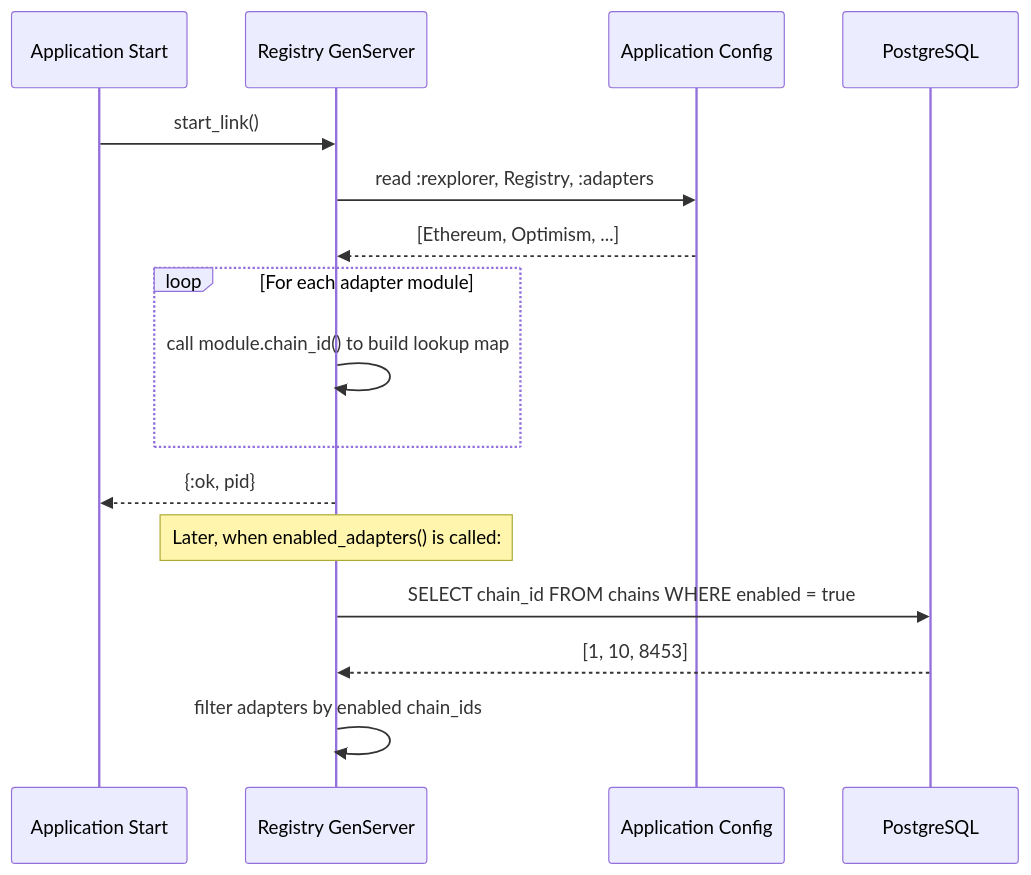
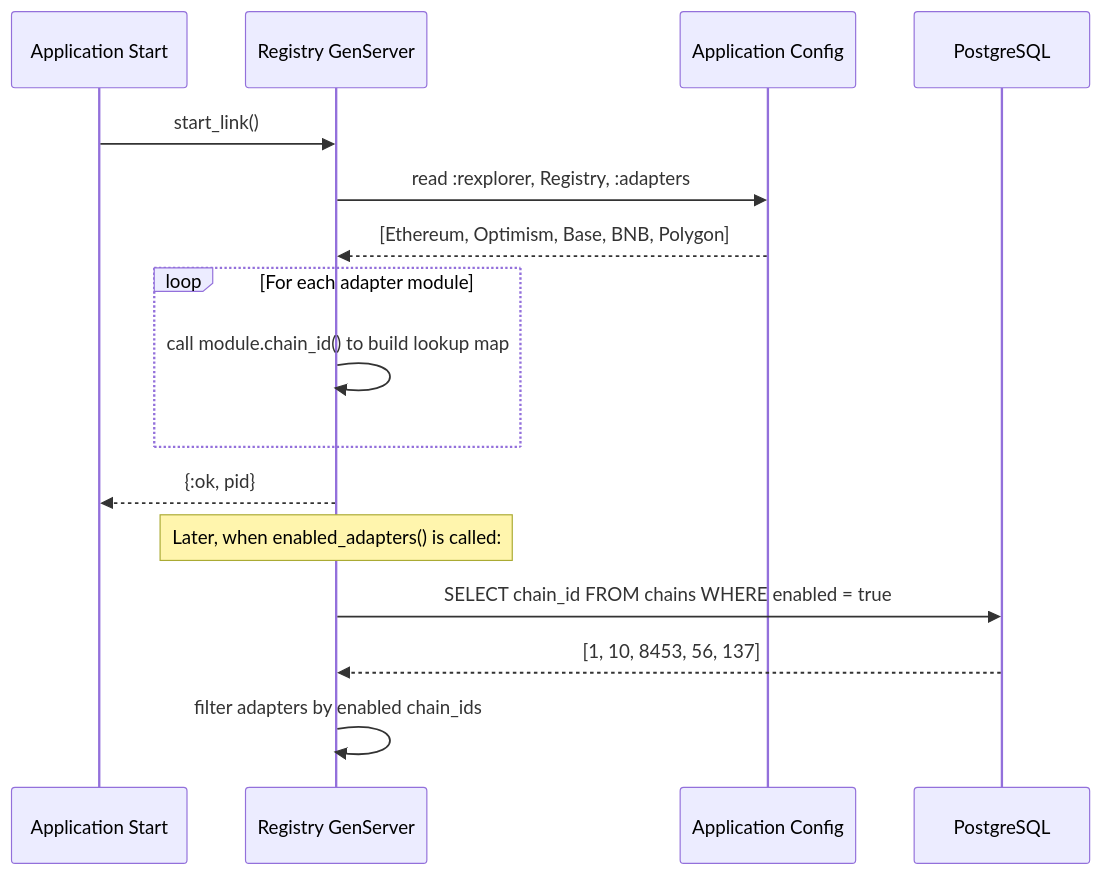
The second of 2 diagrams in docs/chain-adapters.md (ManuelBilbao/rexplorer), drawn with Mermaid before and after one commit. The commit also changed other lines of this file and 5 other files, not shown here.

````diff
--- a/docs/chain-adapters.md
+++ b/docs/chain-adapters.md
@@ -181,22 +259,22 @@
 ```mermaid
 sequenceDiagram
     participant App as Application Start
     participant Reg as Registry GenServer
     participant Config as Application Config
     participant DB as PostgreSQL
 
     App->>Reg: start_link()
     Reg->>Config: read :rexplorer, Registry, :adapters
-    Config-->>Reg: [Ethereum, Optimism, ...]
+    Config-->>Reg: [Ethereum, Optimism, Base, BNB, Polygon]
 
     loop For each adapter module
         Reg->>Reg: call module.chain_id() to build lookup map
     end
 
     Reg-->>App: {:ok, pid}
 
     Note over Reg: Later, when enabled_adapters() is called:
     Reg->>DB: SELECT chain_id FROM chains WHERE enabled = true
-    DB-->>Reg: [1, 10, 8453]
+    DB-->>Reg: [1, 10, 8453, 56, 137]
     Reg->>Reg: filter adapters by enabled chain_ids
 ```
````
